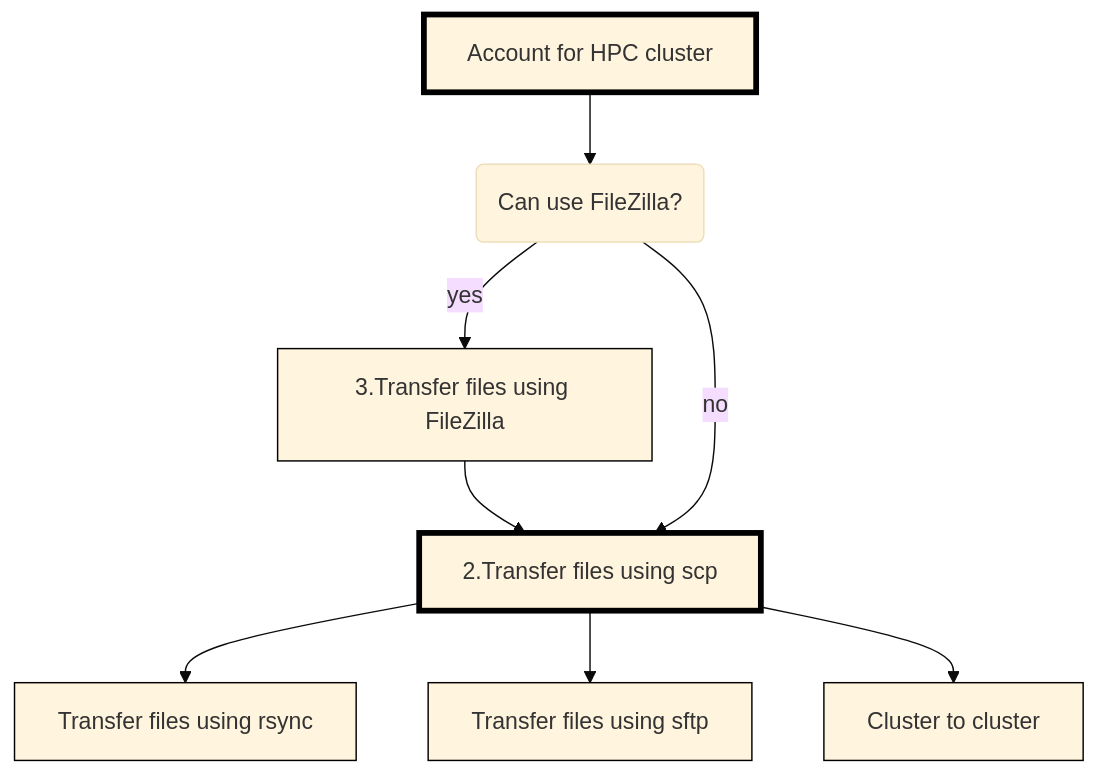
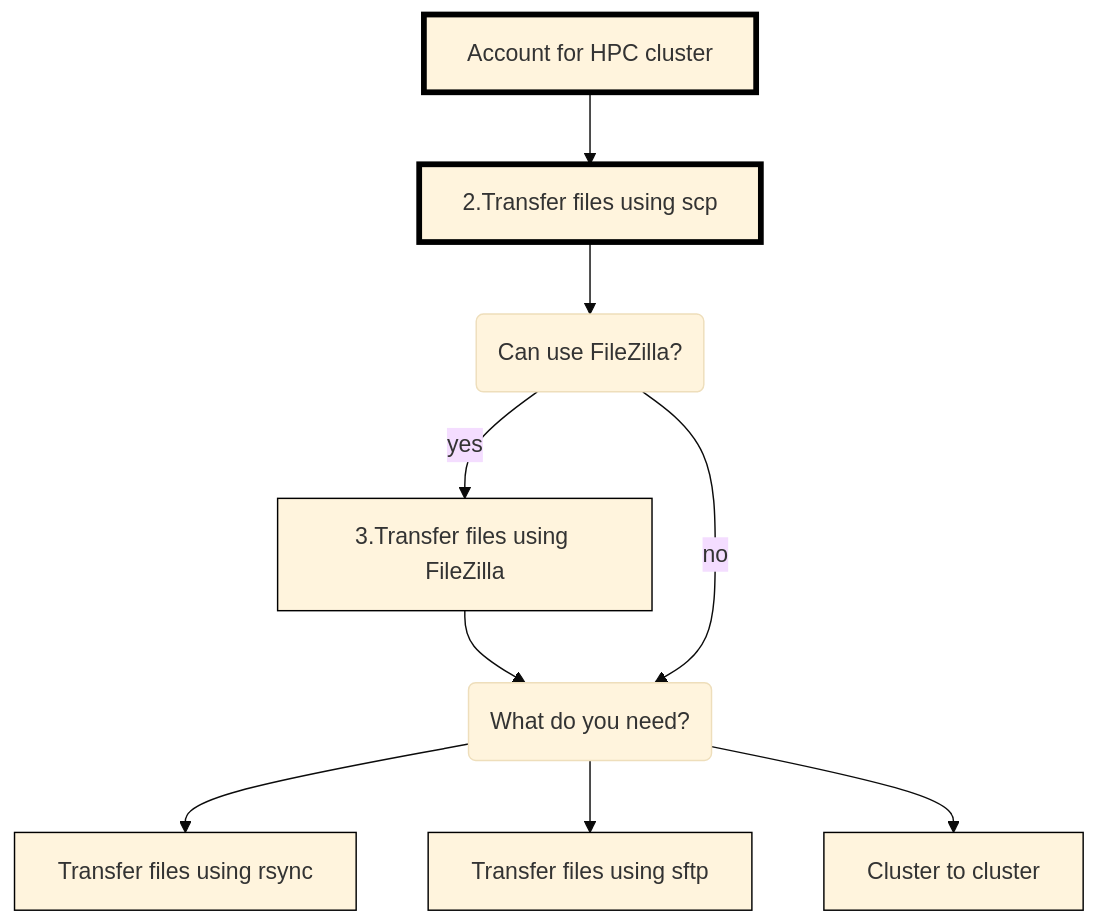
The diagram in docs/sessions/intro_file_transfer.md (UPPMAX/naiss_file_transfer_course), drawn with Mermaid (base theme) before and after one commit.

Commit message:
scp first

````diff
--- a/docs/sessions/intro_file_transfer.md
+++ b/docs/sessions/intro_file_transfer.md
@@ -48,23 +48,26 @@
 ```mermaid
 flowchart TD
 
   classDef always stroke:#000,stroke-width:4px;
   classDef optional stroke:#000,stroke-width:1px;
 
   account[Account for HPC cluster]:::always
   can_use_filezilla(Can use FileZilla?)
+  what_do_you_need(What do you need?)
   filezilla[3.Transfer files using FileZilla]:::optional
   scp[2.Transfer files using scp]:::always
   rsync[Transfer files using rsync]:::optional
   sftp[Transfer files using sftp]:::optional
   cluster_to_cluster[Cluster to cluster]:::optional
 
 
-  account --> can_use_filezilla
+  account --> scp
+  scp --> can_use_filezilla
   can_use_filezilla --> |yes| filezilla
-  filezilla  --> scp
-  can_use_filezilla --> |no| scp
-  scp --> rsync
-  scp --> sftp
-  scp --> cluster_to_cluster
+  filezilla  --> what_do_you_need
+  can_use_filezilla --> |no| what_do_you_need
+  what_do_you_need --> rsync
+  what_do_you_need --> sftp
+  what_do_you_need --> cluster_to_cluster
+
 ```
````
